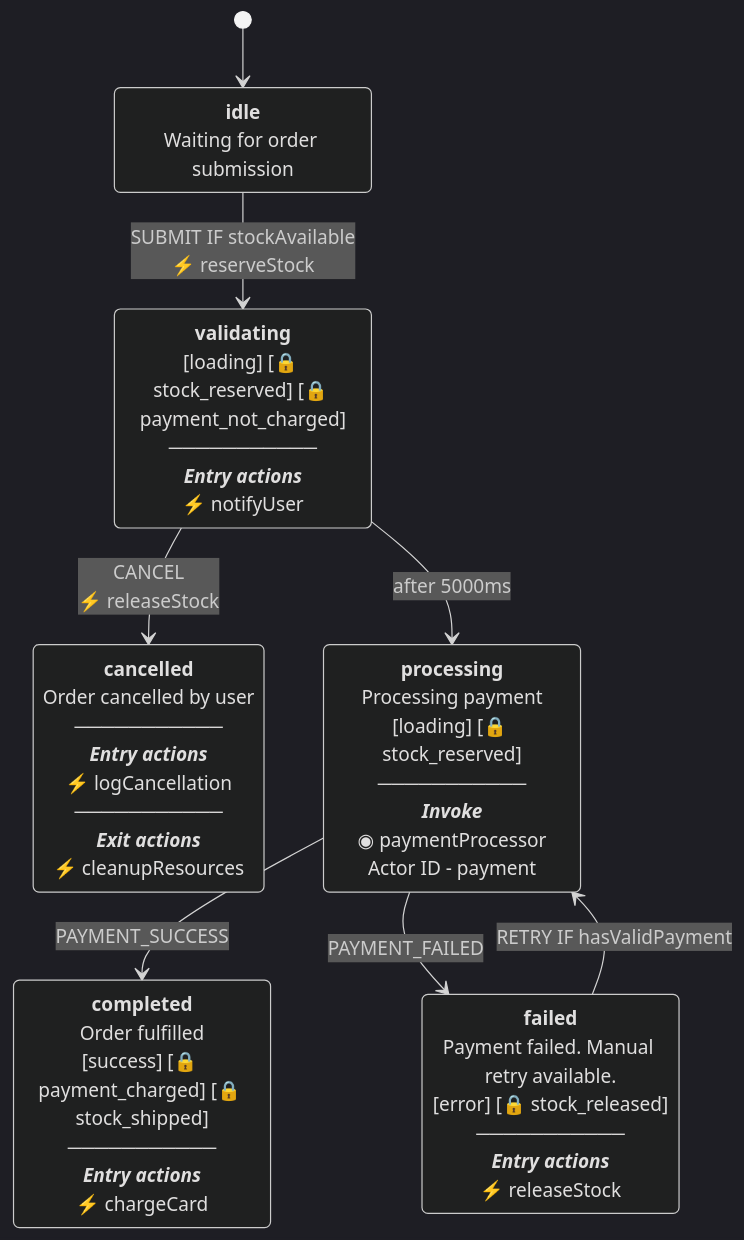
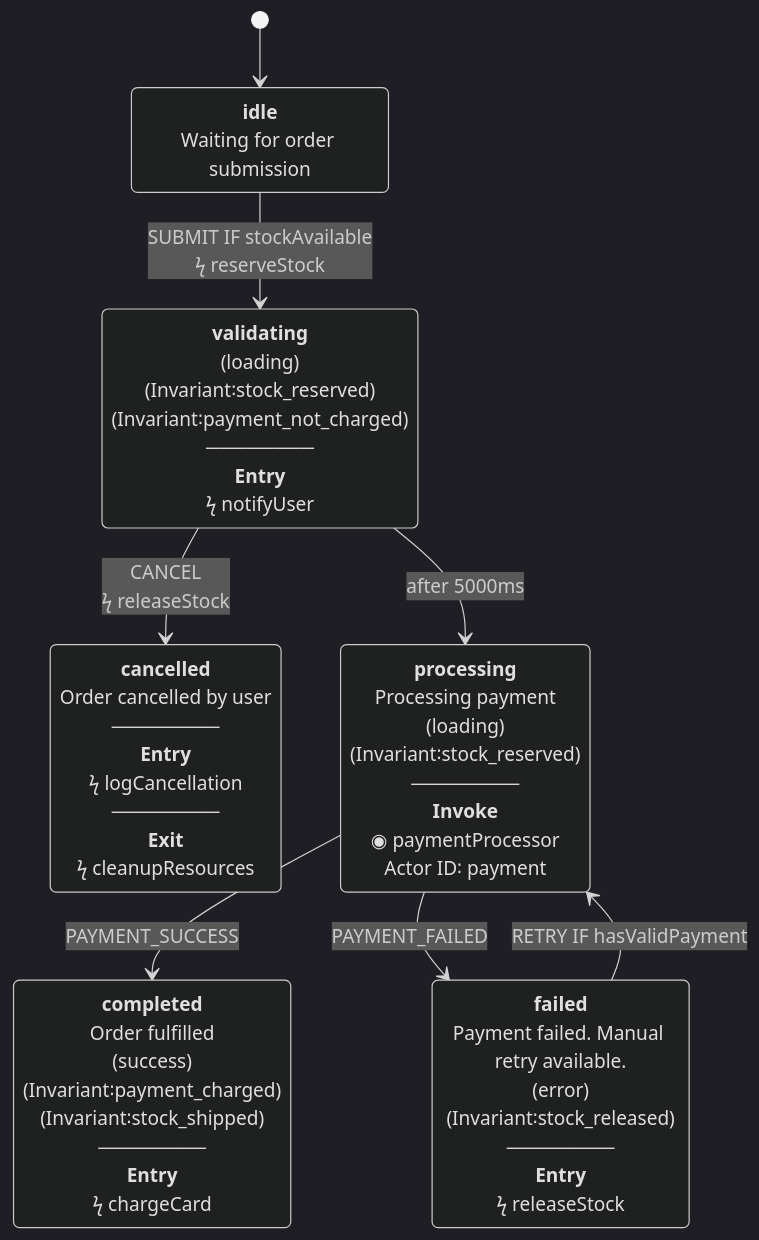
Before and after one commit to zitongcharliedeng/xstate-ts-to-mermaid: the diagram in README.md, drawn with Mermaid (dark theme). The commit also changed other lines of this file and 4 other files, not shown here.

````diff
--- a/README.md
+++ b/README.md
@@ -150,16 +140,16 @@
 ```mermaid
 stateDiagram-v2
     [*] --> idle
     idle: <b>idle</b><br/>Waiting for order submission
-    idle --> validating: SUBMIT IF stockAvailable<br/>⚡ reserveStock
-    validating: <b>validating</b><br/>[loading] [🔒 stock_reserved] [🔒 payment_not_charged]<br/>───────────<br/><b><i>Entry actions</i></b><br/>⚡ notifyUser
-    validating --> cancelled: CANCEL<br/>⚡ releaseStock
+    idle --> validating: SUBMIT IF stockAvailable<br/>ϟ reserveStock
+    validating: <b>validating</b><br/>(loading)<br/>(Invariant∶stock_reserved)<br/>(Invariant∶payment_not_charged)<br/>────────<br/><b>Entry</b><br/>ϟ notifyUser
+    validating --> cancelled: CANCEL<br/>ϟ releaseStock
     validating --> processing: after 5000ms
-    processing: <b>processing</b><br/>Processing payment<br/>[loading] [🔒 stock_reserved]<br/>───────────<br/><b><i>Invoke</i></b><br/>◉ paymentProcessor<br/>Actor ID - payment
+    processing: <b>processing</b><br/>Processing payment<br/>(loading)<br/>(Invariant∶stock_reserved)<br/>────────<br/><b>Invoke</b><br/>◉ paymentProcessor<br/>Actor ID∶ payment
     processing --> completed: PAYMENT_SUCCESS
     processing --> failed: PAYMENT_FAILED
-    completed: <b>completed</b><br/>Order fulfilled<br/>[success] [🔒 payment_charged] [🔒 stock_shipped]<br/>───────────<br/><b><i>Entry actions</i></b><br/>⚡ chargeCard
-    failed: <b>failed</b><br/>Payment failed. Manual retry available.<br/>[error] [🔒 stock_released]<br/>───────────<br/><b><i>Entry actions</i></b><br/>⚡ releaseStock
+    completed: <b>completed</b><br/>Order fulfilled<br/>(success)<br/>(Invariant∶payment_charged)<br/>(Invariant∶stock_shipped)<br/>────────<br/><b>Entry</b><br/>ϟ chargeCard
+    failed: <b>failed</b><br/>Payment failed. Manual retry available.<br/>(error)<br/>(Invariant∶stock_released)<br/>────────<br/><b>Entry</b><br/>ϟ releaseStock
     failed --> processing: RETRY IF hasValidPayment
-    cancelled: <b>cancelled</b><br/>Order cancelled by user<br/>───────────<br/><b><i>Entry actions</i></b><br/>⚡ logCancellation<br/>───────────<br/><b><i>Exit actions</i></b><br/>⚡ cleanupResources
+    cancelled: <b>cancelled</b><br/>Order cancelled by user<br/>────────<br/><b>Entry</b><br/>ϟ logCancellation<br/>────────<br/><b>Exit</b><br/>ϟ cleanupResources
 ```
````
